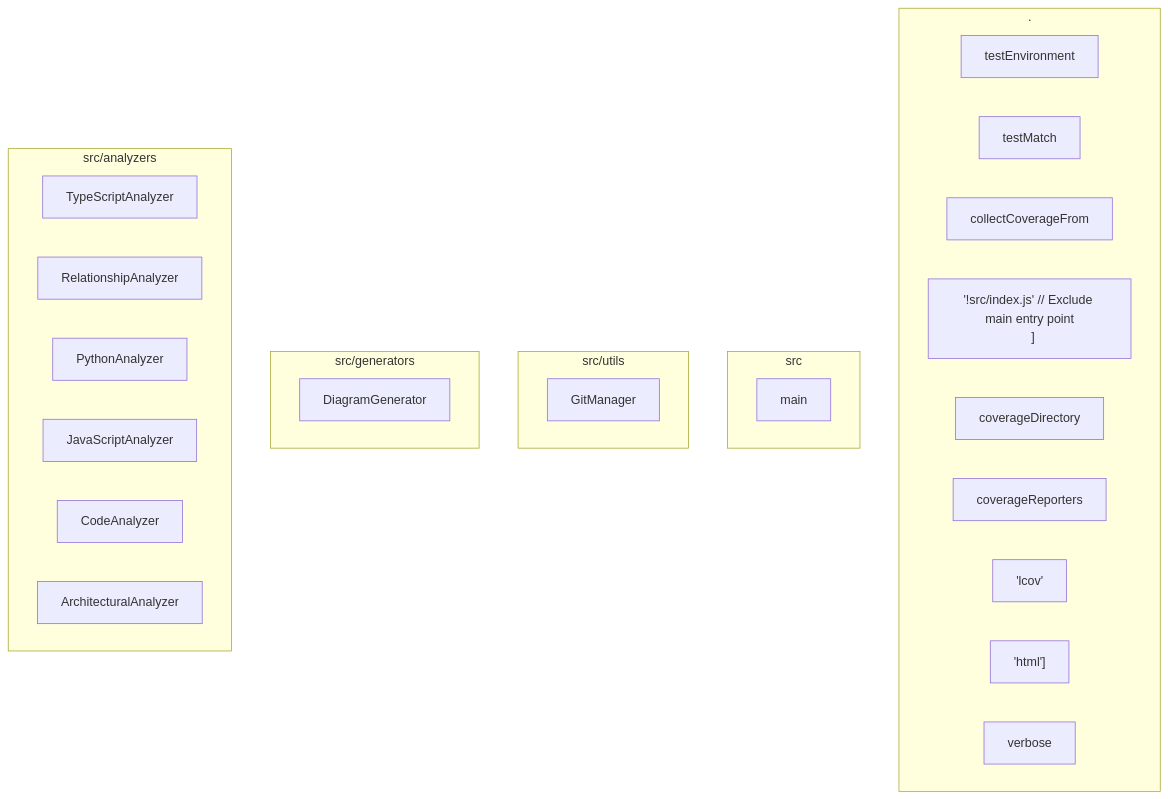
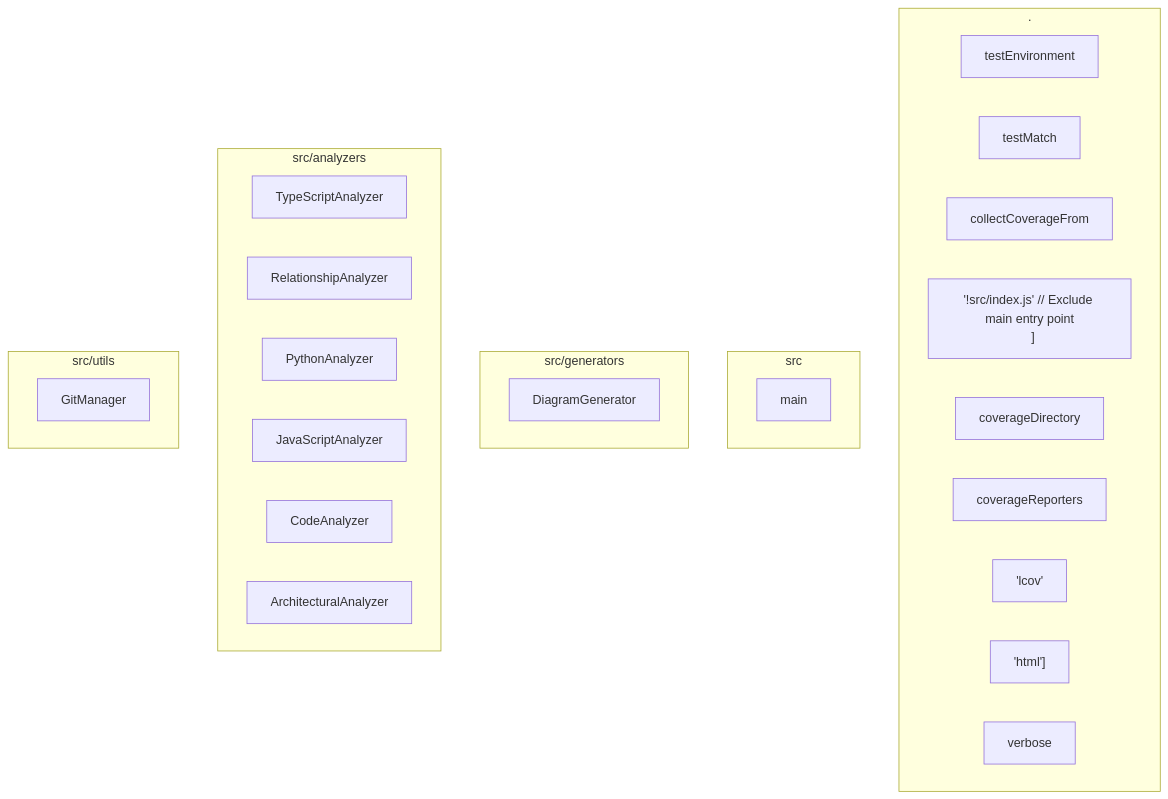
One commit to samjhill/diagrammer changed the diagram in docs/architecture/modules.md. Above: the diagram before and after it, drawn with Mermaid. The commit also changed other lines of this file and 2 other files, not shown here.

Commit message:
docs: Update architecture diagrams [skip ci]

````diff
--- a/docs/architecture/modules.md
+++ b/docs/architecture/modules.md
@@ -24,42 +24,42 @@
 ```mermaid
 graph TB
   classDef module fill:#e3f2fd,stroke:#1976d2,stroke-width:2px
   classDef export fill:#e8f5e8,stroke:#388e3c,stroke-width:2px
   classDef group fill:#f3e5f5,stroke:#7b1fa2,stroke-width:3px
 
   subgraph _["."]
     testEnvironment["testEnvironment"]
     testMatch["testMatch"]
     collectCoverageFrom["collectCoverageFrom"]
     __src_index_js_____Exclude_main_entry_point____["'!src/index.js' // Exclude main entry point
   ]"]
     coverageDirectory["coverageDirectory"]
     coverageReporters["coverageReporters"]
     _lcov_["'lcov'"]
     _html__["'html']"]
     verbose["verbose"]
   end
 
   subgraph src["src"]
     main["main"]
   end
 
-  subgraph src_utils["src/utils"]
-    GitManager["GitManager"]
-  end
-
   subgraph src_generators["src/generators"]
     DiagramGenerator["DiagramGenerator"]
   end
 
   subgraph src_analyzers["src/analyzers"]
     TypeScriptAnalyzer["TypeScriptAnalyzer"]
     RelationshipAnalyzer["RelationshipAnalyzer"]
     PythonAnalyzer["PythonAnalyzer"]
     JavaScriptAnalyzer["JavaScriptAnalyzer"]
     CodeAnalyzer["CodeAnalyzer"]
     ArchitecturalAnalyzer["ArchitecturalAnalyzer"]
   end
 
+  subgraph src_utils["src/utils"]
+    GitManager["GitManager"]
+  end
+
 
 ```
````
